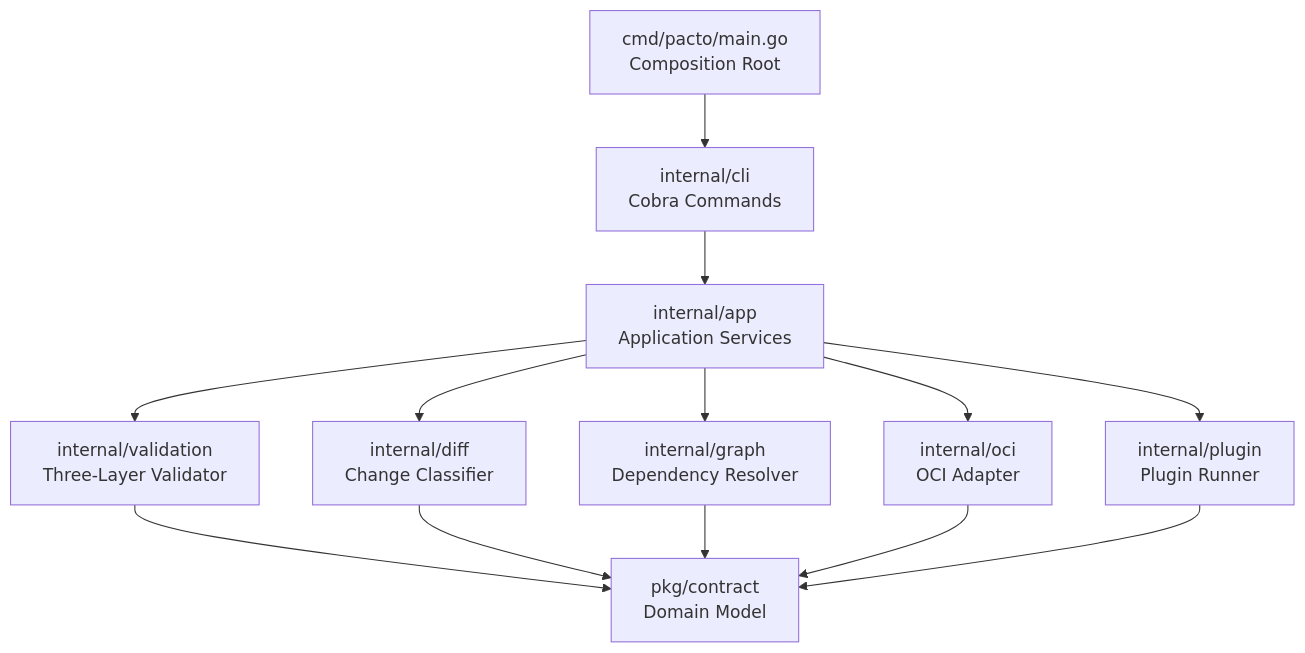
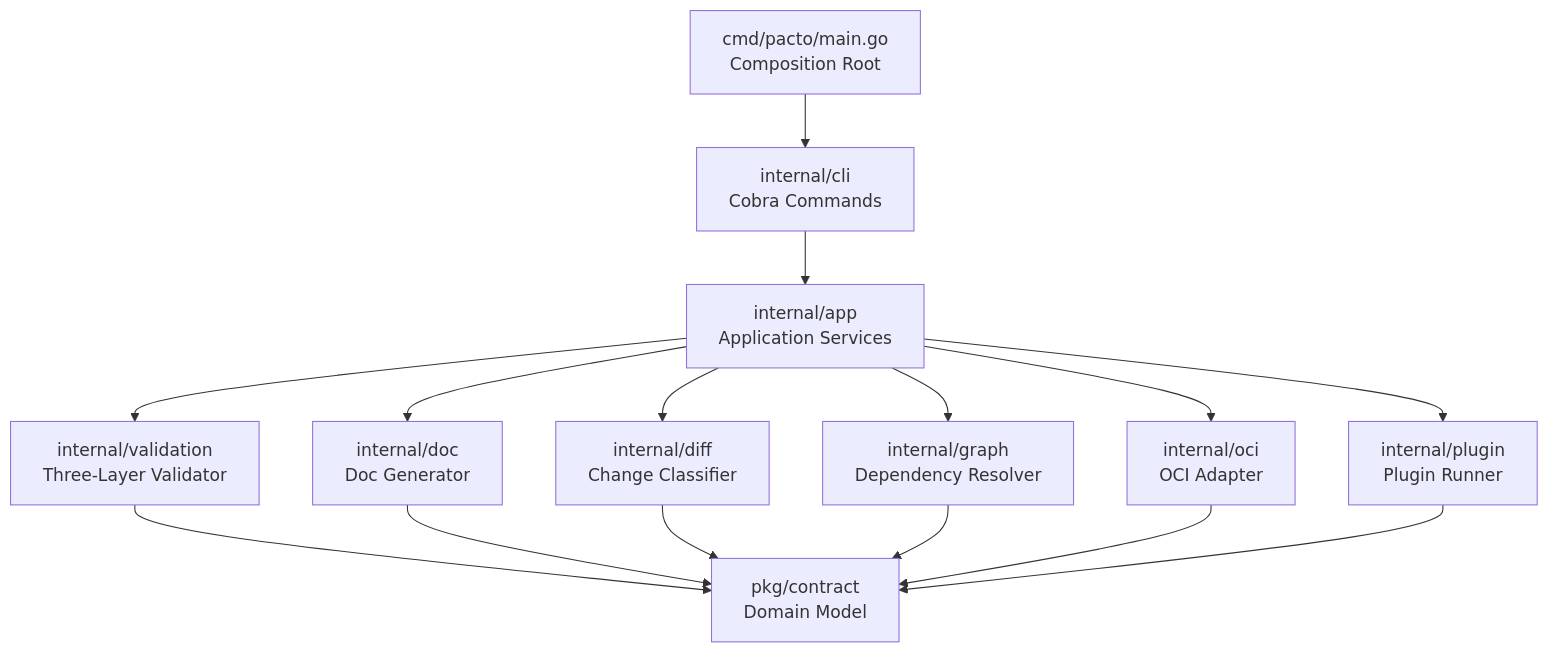
One commit to TrianaLab/pacto changed the first of 2 diagrams in docs/architecture.md. Above: the diagram before and after it, drawn with Mermaid. The commit also changed other lines of this file and 24 other files, not shown here.

````diff
--- a/docs/architecture.md
+++ b/docs/architecture.md
@@ -24,15 +24,17 @@
 ```mermaid
 graph TD
     MAIN[cmd/pacto/main.go<br/>Composition Root] --> CLI[internal/cli<br/>Cobra Commands]
     CLI --> APP[internal/app<br/>Application Services]
     APP --> VAL[internal/validation<br/>Three-Layer Validator]
     APP --> DIFF[internal/diff<br/>Change Classifier]
     APP --> GRAPH[internal/graph<br/>Dependency Resolver]
     APP --> OCI[internal/oci<br/>OCI Adapter]
     APP --> PLUG[internal/plugin<br/>Plugin Runner]
+    APP --> DOC[internal/doc<br/>Doc Generator]
     VAL --> CONTRACT[pkg/contract<br/>Domain Model]
+    DOC --> CONTRACT
     DIFF --> CONTRACT
     GRAPH --> CONTRACT
     OCI --> CONTRACT
     PLUG --> CONTRACT
 ```
````
